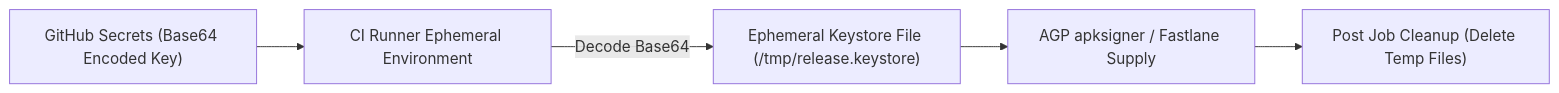
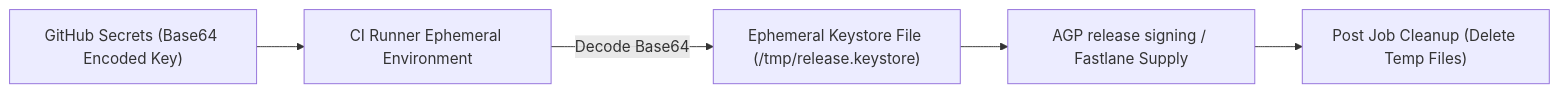
The diagram in 01_inbox/mobile/android/03_packaging_deployment/build/ci-cd-contracts/ci-signing-and-service-account-credentials-must-stay-out-of-source-control.md (youngmin-gwon/what-i-studied), drawn with Mermaid before and after one commit. The commit also changed other lines of this file and 89 other files, not shown here.

````diff
--- a/01_inbox/mobile/android/03_packaging_deployment/build/ci-cd-contracts/ci-signing-and-service-account-credentials-must-stay-out-of-source-control.md
+++ b/01_inbox/mobile/android/03_packaging_deployment/build/ci-cd-contracts/ci-signing-and-service-account-credentials-must-stay-out-of-source-control.md
@@ -25,7 +25,7 @@
 ```mermaid
 flowchart LR
     GitHubSecret["GitHub Secrets (Base64 Encoded Key)"] --> CIRunner["CI Runner Ephemeral Environment"]
     CIRunner -->|Decode Base64| TempKeystore["Ephemeral Keystore File (/tmp/release.keystore)"]
-    TempKeystore --> AGPSigning["AGP apksigner / Fastlane Supply"]
+    TempKeystore --> AGPSigning["AGP release signing / Fastlane Supply"]
     AGPSigning --> Cleanup["Post Job Cleanup (Delete Temp Files)"]
 ```
````
